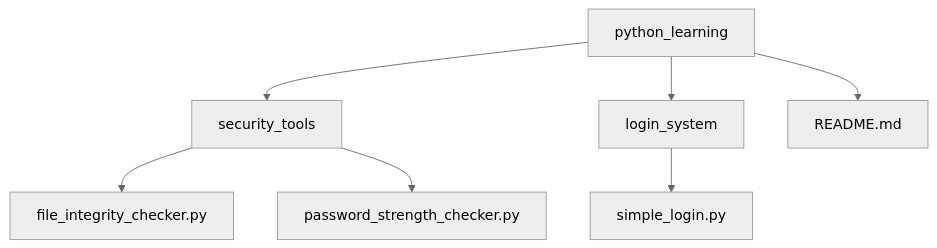
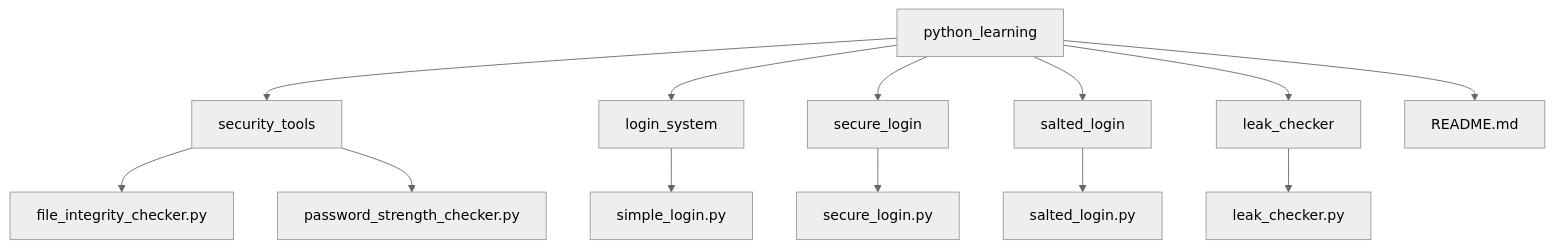
The diagram in README.md (Hawkins30/python_learning), drawn with Mermaid (neutral theme) before and after one commit. The commit also changed other lines of this file, not shown here.

Commit message:
Updated Mermaid diagram with Projects 4–6

````diff
--- a/README.md
+++ b/README.md
@@ -138,9 +152,17 @@
 ```mermaid
 graph TD
 A[python_learning] --> B[security_tools]
 A --> C[login_system]
-A --> D[README.md]
-B --> E[file_integrity_checker.py]
-B --> F[password_strength_checker.py]
-C --> G[simple_login.py]
+A --> D[secure_login]
+A --> E[salted_login]
+A --> F[leak_checker]
+A --> G[README.md]
+
+B --> B1[file_integrity_checker.py]
+B --> B2[password_strength_checker.py]
+
+C --> C1[simple_login.py]
+D --> D1[secure_login.py]
+E --> E1[salted_login.py]
+F --> F1[leak_checker.py]
 ```
````
